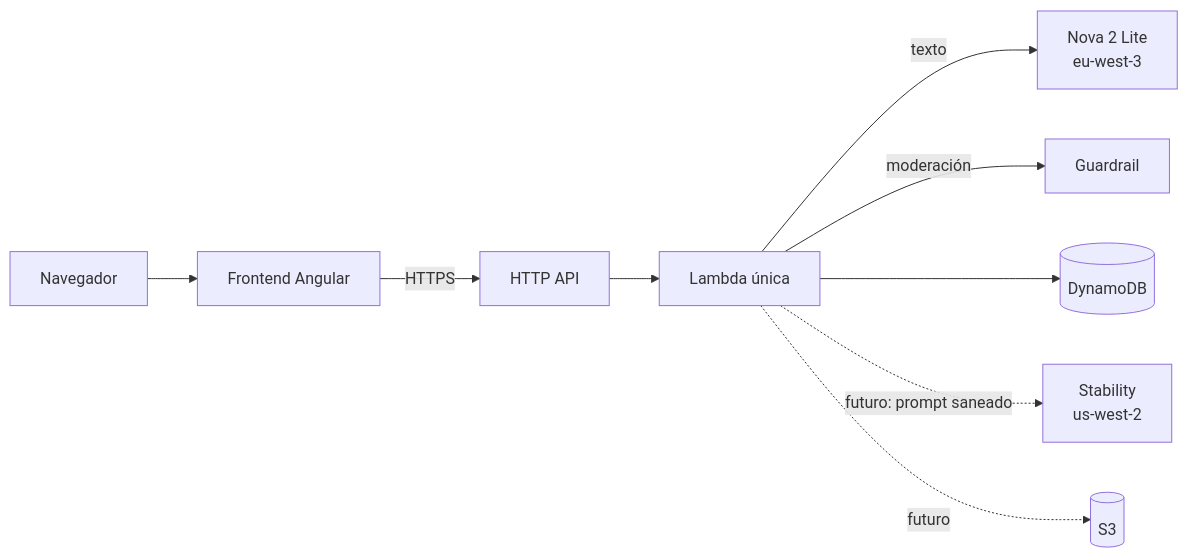
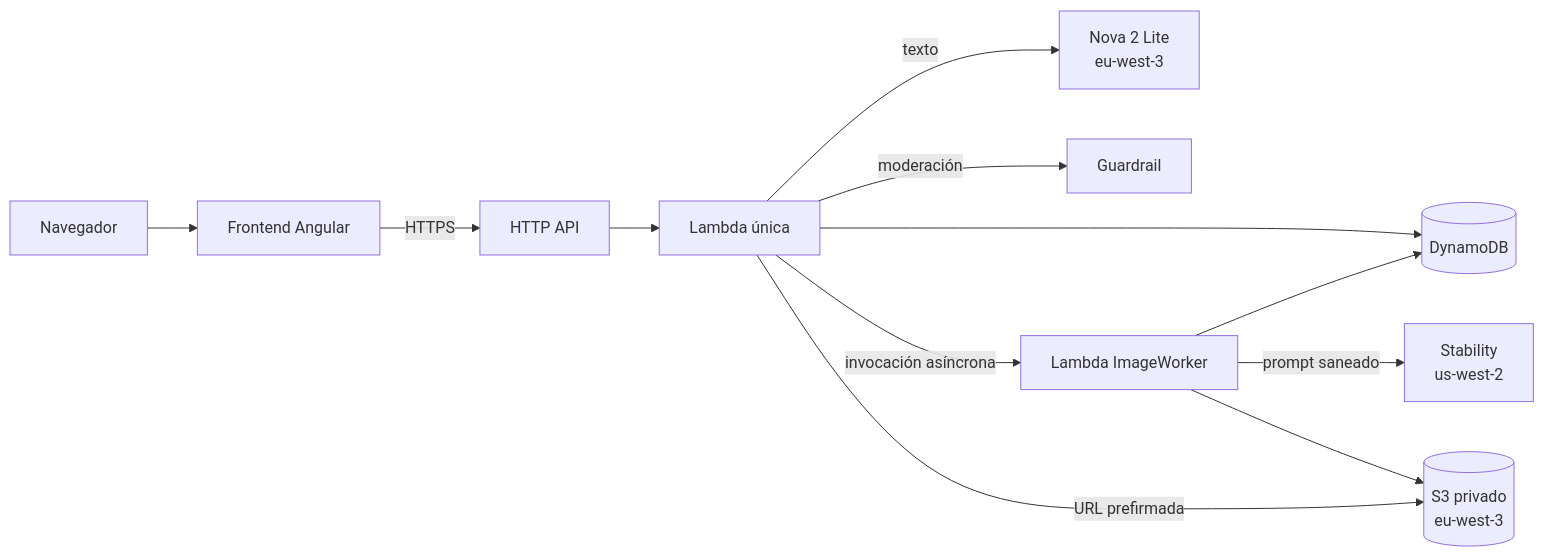
One commit to jllarreag/nightmare changed the first of 4 diagrams in docs/documento-tecnico.md. Above: the diagram before and after it, drawn with Mermaid. The commit also changed other lines of this file and 1 other file, not shown here.

First line of the commit message:
docs: image generation design and spec tasks

````diff
--- a/docs/documento-tecnico.md
+++ b/docs/documento-tecnico.md
@@ -32,11 +32,14 @@
 ```mermaid
 flowchart LR
   U[Navegador] --> FE[Frontend Angular]
   FE -->|HTTPS| API[HTTP API]
   API --> L[Lambda única]
   L -->|texto| NOVA[Nova 2 Lite<br/>eu-west-3]
   L -->|moderación| GR[Guardrail]
   L --> DB[(DynamoDB)]
-  L -.->|futuro: prompt saneado| IMG[Stability<br/>us-west-2]
-  L -.->|futuro| S3[(S3)]
+  L -->|invocación asíncrona| W[Lambda ImageWorker]
+  W -->|prompt saneado| IMG[Stability<br/>us-west-2]
+  W --> S3[(S3 privado<br/>eu-west-3)]
+  L -->|URL prefirmada| S3
+  W --> DB
 ```
````
